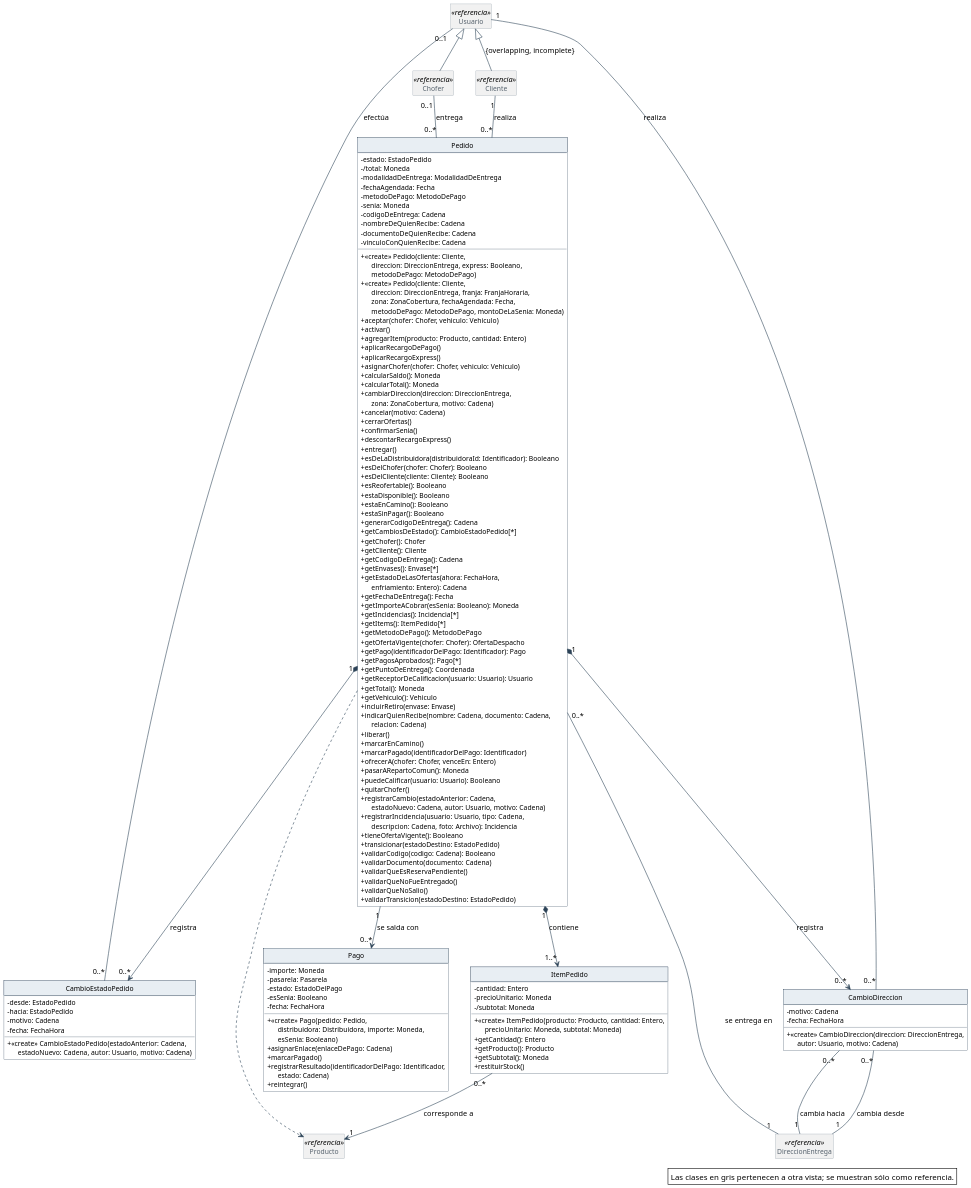
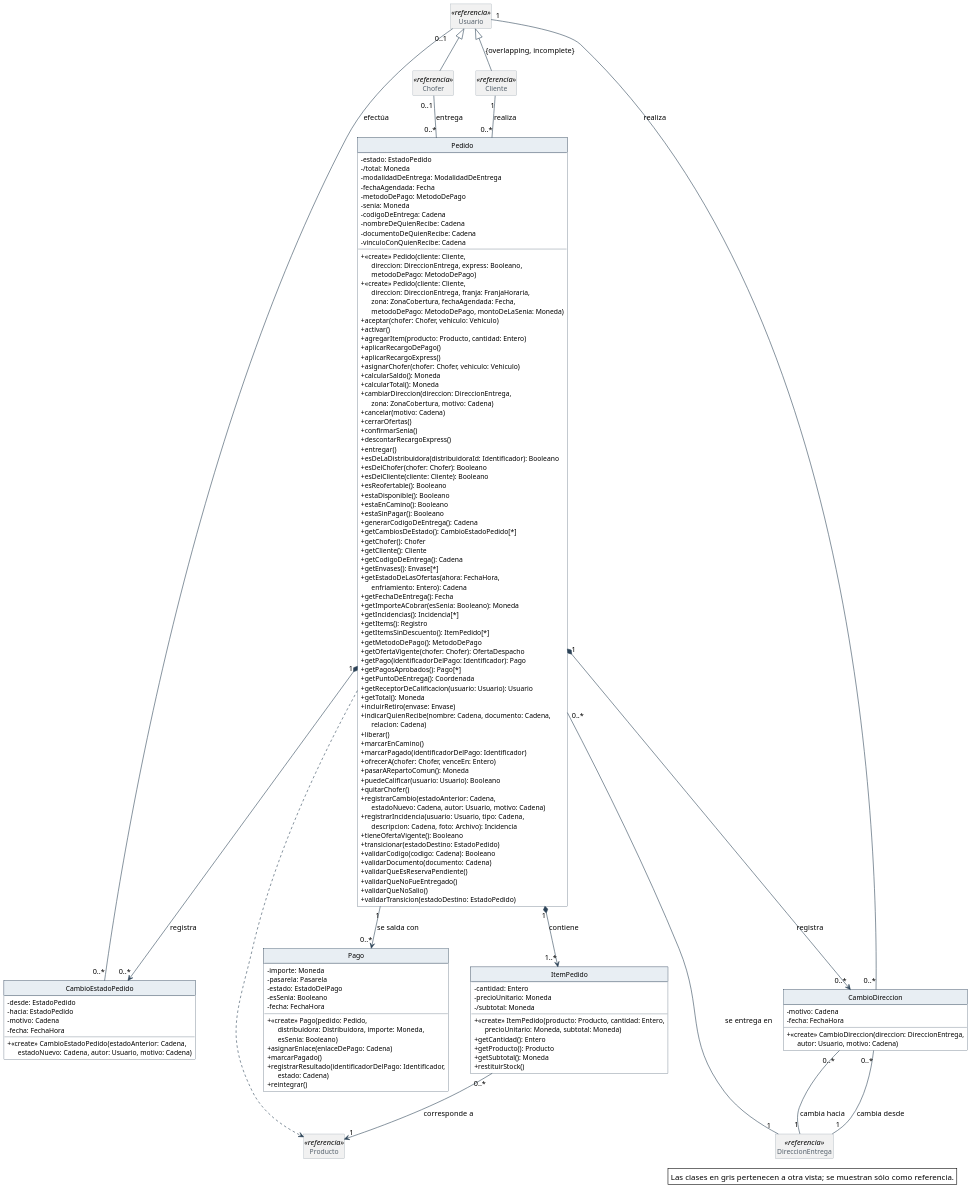
Before and after one commit to Nahuelito-Dev/splg-docs: the diagram in diagramas/clases-diseno/DC_Pedido.puml, drawn with PlantUML. The commit also changed 298 other files, not shown here.

```diff
--- a/diagramas/clases-diseno/DC_Pedido.puml
+++ b/diagramas/clases-diseno/DC_Pedido.puml
@@ -1,192 +1,192 @@
 @startuml
 skinparam backgroundColor #FFFFFF
 skinparam shadowing false
 skinparam defaultFontName Helvetica
 skinparam defaultFontSize 13
 skinparam dpi 150
 skinparam nodesep 40
 skinparam ranksep 55
 skinparam classAttributeIconSize 0
 skinparam roundCorner 0
 skinparam genericDisplay old
 skinparam class {
   BorderColor #2C4257
   BackgroundColor #FFFFFF
   ArrowColor #2C4257
   FontSize 14
   AttributeFontSize 12
   HeaderBackgroundColor #E8EEF3
 }
 skinparam class<<referencia>> {
   BackgroundColor #F1F1F1
   BorderColor #8A97A3
   FontColor #55616C
 }
 skinparam class<<fachada>> {
   HeaderBackgroundColor #D6E4F0
 }
 skinparam class<<controlador>> {
   HeaderBackgroundColor #D6E4F0
 }
 skinparam class<<fabricación pura>> {
   HeaderBackgroundColor #F3E9CF
 }
 skinparam class<<colección>> {
   HeaderBackgroundColor #E6E6E6
 }
 skinparam class<<adaptador>> {
   HeaderBackgroundColor #DCEBDD
 }
 skinparam interface {
   BorderColor #2C4257
   BackgroundColor #FFFFFF
   HeaderBackgroundColor #DCEBDD
   FontSize 14
   AttributeFontSize 12
 }
 skinparam note {
   BackgroundColor #FFFFFF
   BorderColor #2C4257
 }
 skinparam packageStyle rectangle
 skinparam package {
   BorderColor #8A97A3
   FontSize 13
   FontColor #55616C
 }
 hide circle
 hide empty members
 
 class Pedido {
   - estado: EstadoPedido
   - /total: Moneda
   - modalidadDeEntrega: ModalidadDeEntrega
   - fechaAgendada: Fecha
   - metodoDePago: MetodoDePago
   - senia: Moneda
   - codigoDeEntrega: Cadena
   - nombreDeQuienRecibe: Cadena
   - documentoDeQuienRecibe: Cadena
   - vinculoConQuienRecibe: Cadena
   + «create» Pedido(cliente: Cliente,\n      direccion: DireccionEntrega, express: Booleano,\n      metodoDePago: MetodoDePago)
   + «create» Pedido(cliente: Cliente,\n      direccion: DireccionEntrega, franja: FranjaHoraria,\n      zona: ZonaCobertura, fechaAgendada: Fecha,\n      metodoDePago: MetodoDePago, montoDeLaSenia: Moneda)
   + aceptar(chofer: Chofer, vehiculo: Vehiculo)
   + activar()
   + agregarItem(producto: Producto, cantidad: Entero)
   + aplicarRecargoDePago()
   + aplicarRecargoExpress()
   + asignarChofer(chofer: Chofer, vehiculo: Vehiculo)
   + calcularSaldo(): Moneda
   + calcularTotal(): Moneda
   + cambiarDireccion(direccion: DireccionEntrega,\n      zona: ZonaCobertura, motivo: Cadena)
   + cancelar(motivo: Cadena)
   + cerrarOfertas()
   + confirmarSenia()
   + descontarRecargoExpress()
   + entregar()
   + esDeLaDistribuidora(distribuidoraId: Identificador): Booleano
   + esDelChofer(chofer: Chofer): Booleano
   + esDelCliente(cliente: Cliente): Booleano
   + esReofertable(): Booleano
   + estaDisponible(): Booleano
   + estaEnCamino(): Booleano
   + estaSinPagar(): Booleano
   + generarCodigoDeEntrega(): Cadena
   + getCambiosDeEstado(): CambioEstadoPedido[*]
   + getChofer(): Chofer
   + getCliente(): Cliente
   + getCodigoDeEntrega(): Cadena
   + getEnvases(): Envase[*]
   + getEstadoDeLasOfertas(ahora: FechaHora,\n      enfriamiento: Entero): Cadena
   + getFechaDeEntrega(): Fecha
   + getImporteACobrar(esSenia: Booleano): Moneda
   + getIncidencias(): Incidencia[*]
-  + getItems(): ItemPedido[*]
+  + getItems(): Registro
+  + getItemsSinDescuento(): ItemPedido[*]
   + getMetodoDePago(): MetodoDePago
   + getOfertaVigente(chofer: Chofer): OfertaDespacho
   + getPago(identificadorDelPago: Identificador): Pago
   + getPagosAprobados(): Pago[*]
   + getPuntoDeEntrega(): Coordenada
   + getReceptorDeCalificacion(usuario: Usuario): Usuario
   + getTotal(): Moneda
-  + getVehiculo(): Vehiculo
   + incluirRetiro(envase: Envase)
   + indicarQuienRecibe(nombre: Cadena, documento: Cadena,\n      relacion: Cadena)
   + liberar()
   + marcarEnCamino()
   + marcarPagado(identificadorDelPago: Identificador)
   + ofrecerA(chofer: Chofer, venceEn: Entero)
   + pasarARepartoComun(): Moneda
   + puedeCalificar(usuario: Usuario): Booleano
   + quitarChofer()
   + registrarCambio(estadoAnterior: Cadena,\n      estadoNuevo: Cadena, autor: Usuario, motivo: Cadena)
   + registrarIncidencia(usuario: Usuario, tipo: Cadena,\n      descripcion: Cadena, foto: Archivo): Incidencia
   + tieneOfertaVigente(): Booleano
   + transicionar(estadoDestino: EstadoPedido)
   + validarCodigo(codigo: Cadena): Booleano
   + validarDocumento(documento: Cadena)
   + validarQueEsReservaPendiente()
   + validarQueNoFueEntregado()
   + validarQueNoSalio()
   + validarTransicion(estadoDestino: EstadoPedido)
 }
 class ItemPedido {
   - cantidad: Entero
   - precioUnitario: Moneda
   - /subtotal: Moneda
   + «create» ItemPedido(producto: Producto, cantidad: Entero,\n      precioUnitario: Moneda, subtotal: Moneda)
   + getCantidad(): Entero
   + getProducto(): Producto
   + getSubtotal(): Moneda
   + restituirStock()
 }
 class CambioEstadoPedido {
   - desde: EstadoPedido
   - hacia: EstadoPedido
   - motivo: Cadena
   - fecha: FechaHora
   + «create» CambioEstadoPedido(estadoAnterior: Cadena,\n      estadoNuevo: Cadena, autor: Usuario, motivo: Cadena)
 }
 class CambioDireccion {
   - motivo: Cadena
   - fecha: FechaHora
   + «create» CambioDireccion(direccion: DireccionEntrega,\n      autor: Usuario, motivo: Cadena)
 }
 class Pago {
   - importe: Moneda
   - pasarela: Pasarela
   - estado: EstadoDelPago
   - esSenia: Booleano
   - fecha: FechaHora
   + «create» Pago(pedido: Pedido,\n      distribuidora: Distribuidora, importe: Moneda,\n      esSenia: Booleano)
   + asignarEnlace(enlaceDePago: Cadena)
   + marcarPagado()
   + registrarResultado(identificadorDelPago: Identificador,\n      estado: Cadena)
   + reintegrar()
 }
 class Cliente <<referencia>>
 class Chofer <<referencia>>
 class Producto <<referencia>>
 class DireccionEntrega <<referencia>>
 class Usuario <<referencia>>
 
 Usuario <|-- Cliente : {overlapping, incomplete}
 Usuario <|-- Chofer
 Cliente "1" -- "0..*" Pedido : realiza
 Pedido "1" *--> "1..*" ItemPedido : contiene
 ItemPedido "0..*" --> "1" Producto : corresponde a
 Pedido "0..*" -- "1" DireccionEntrega : se entrega en
 Pedido "1" *--> "0..*" CambioEstadoPedido : registra
 Usuario "0..1" -- "0..*" CambioEstadoPedido : efectúa
 Pedido "1" *--> "0..*" CambioDireccion : registra
 CambioDireccion "0..*" -- "1" DireccionEntrega : cambia desde
 CambioDireccion "0..*" -- "1" DireccionEntrega : cambia hacia
 Usuario "1" -- "0..*" CambioDireccion : realiza
 Chofer "0..1" -- "0..*" Pedido : entrega
 Pedido "1" --> "0..*" Pago : se salda con
 Pedido ..> Producto
 
 legend bottom right
   Las clases en gris pertenecen a otra vista; se muestran sólo como referencia.
 endlegend
 @enduml
```
